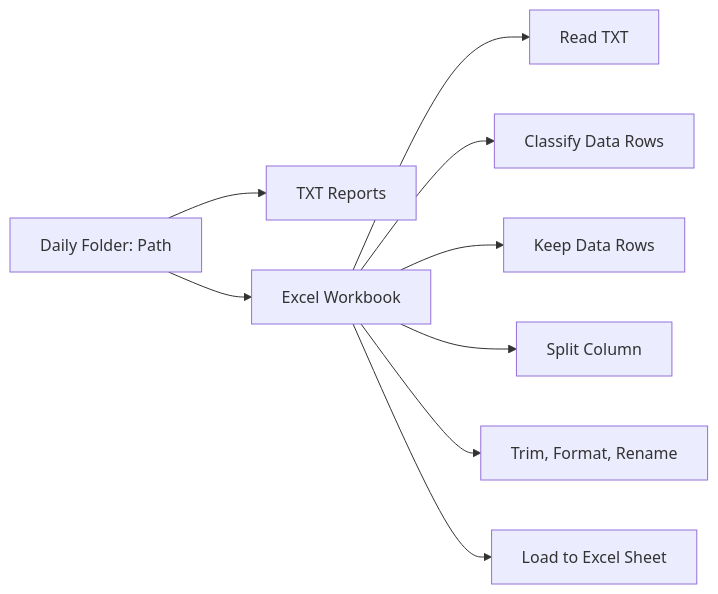
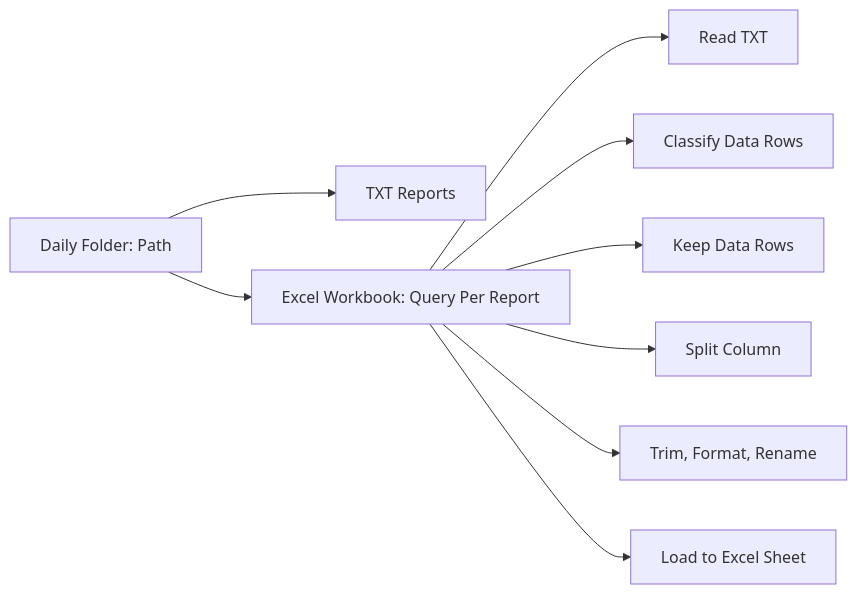
One commit to Eddie-Zhu-IRL/banking-report-etl-powerquery changed the diagram in README.md. Above: the diagram before and after it, drawn with Mermaid.

````diff
--- a/README.md
+++ b/README.md
@@ -60,11 +60,11 @@
 ```mermaid
 graph LR;
 A[Daily&nbsp;Folder:&nbsp;Path] --> B[TXT Reports];
-A[Daily&nbsp;Folder:&nbsp;Path] --> C[Excel Workbook];
-C[Excel Workbook] --> D[Read TXT];
-C[Excel Workbook] --> E[Classify&nbsp;Data&nbsp;Rows];
-C[Excel Workbook] --> F[Keep&nbsp;Data&nbsp;Rows];
-C[Excel Workbook] --> G[Split Column];
-C[Excel Workbook] --> H[Trim,&nbsp;Format,&nbsp;Rename];
-C[Excel Workbook] --> I[Load&nbsp;to&nbsp;Excel&nbsp;Sheet]
+A[Daily&nbsp;Folder:&nbsp;Path] --> C[Excel&nbsp;Workbook:&nbsp;Query&nbsp;Per&nbsp;Report];
+C[Excel&nbsp;Workbook:&nbsp;Query&nbsp;Per&nbsp;Report] --> D[Read TXT];
+C[Excel&nbsp;Workbook:&nbsp;Query&nbsp;Per&nbsp;Report] --> E[Classify&nbsp;Data&nbsp;Rows];
+C[Excel&nbsp;Workbook:&nbsp;Query&nbsp;Per&nbsp;Report] --> F[Keep&nbsp;Data&nbsp;Rows];
+C[Excel&nbsp;Workbook:&nbsp;Query&nbsp;Per&nbsp;Report] --> G[Split Column];
+C[Excel&nbsp;Workbook:&nbsp;Query&nbsp;Per&nbsp;Report] --> H[Trim,&nbsp;Format,&nbsp;Rename];
+C[Excel&nbsp;Workbook:&nbsp;Query&nbsp;Per&nbsp;Report] --> I[Load&nbsp;to&nbsp;Excel&nbsp;Sheet]
 ```
````
